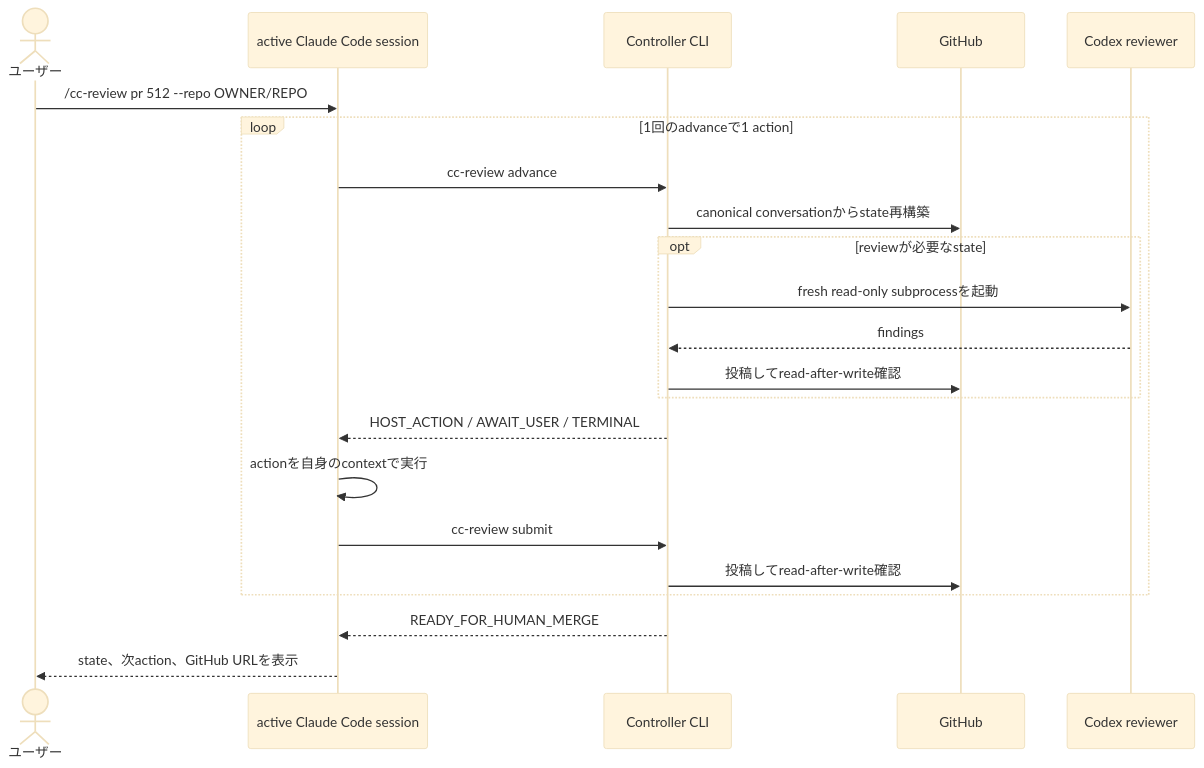
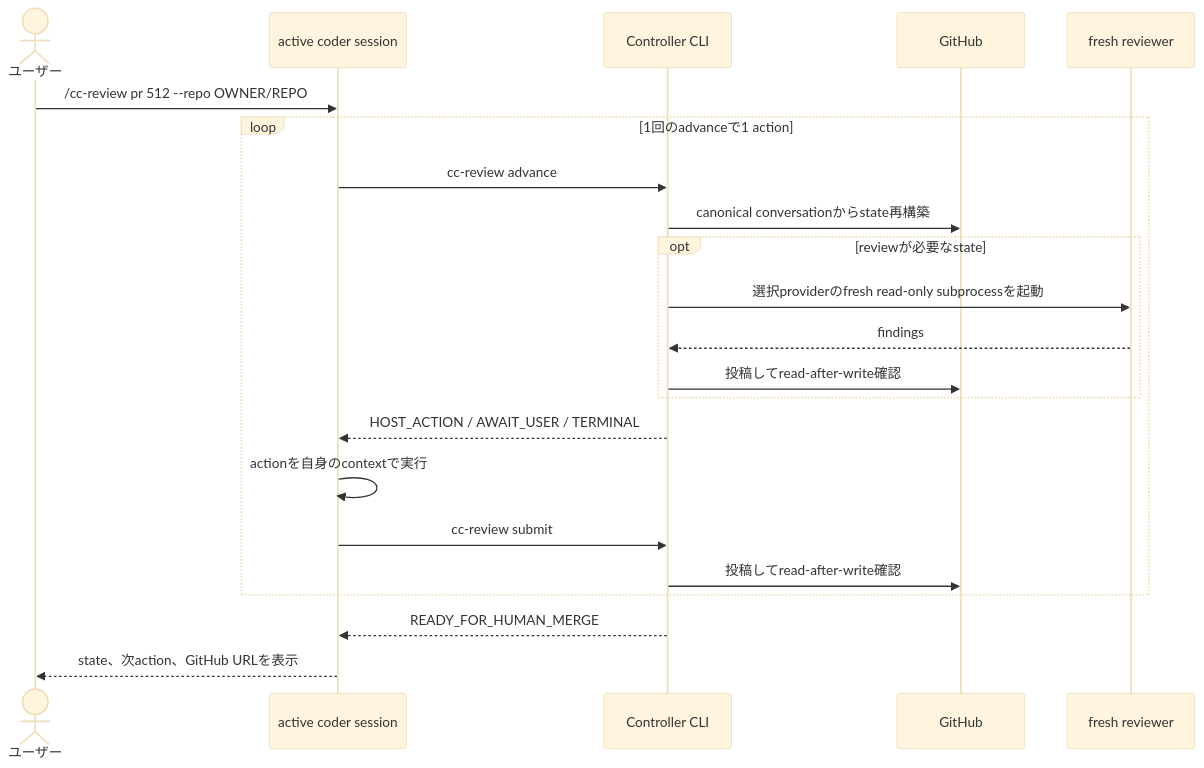
The diagram in docs/architecture/overview.md (Mega-Gorilla/claude-code-codex-review-loop), drawn with Mermaid (base theme) before and after one commit. The commit also changed other lines of this file and 4 other files, not shown here.

Commit message:
docs: plan independent coder and reviewer providers (#52)

````diff
--- a/docs/architecture/overview.md
+++ b/docs/architecture/overview.md
@@ -29,25 +31,25 @@
 ```mermaid
 sequenceDiagram
     actor User as ユーザー
-    participant Host as active Claude Code session
+    participant Host as active coder session
     participant Ctrl as Controller CLI
     participant GH as GitHub
-    participant Codex as Codex reviewer
+    participant Reviewer as fresh reviewer
 
     User->>Host: /cc-review pr 512 --repo OWNER/REPO
     loop 1回のadvanceで1 action
         Host->>Ctrl: cc-review advance
         Ctrl->>GH: canonical conversationからstate再構築
         opt reviewが必要なstate
-            Ctrl->>Codex: fresh read-only subprocessを起動
-            Codex-->>Ctrl: findings
+            Ctrl->>Reviewer: 選択providerのfresh read-only subprocessを起動
+            Reviewer-->>Ctrl: findings
             Ctrl->>GH: 投稿してread-after-write確認
         end
         Ctrl-->>Host: HOST_ACTION / AWAIT_USER / TERMINAL
         Host->>Host: actionを自身のcontextで実行
         Host->>Ctrl: cc-review submit
         Ctrl->>GH: 投稿してread-after-write確認
     end
     Ctrl-->>Host: READY_FOR_HUMAN_MERGE
     Host-->>User: state、次action、GitHub URLを表示
 ```
````
